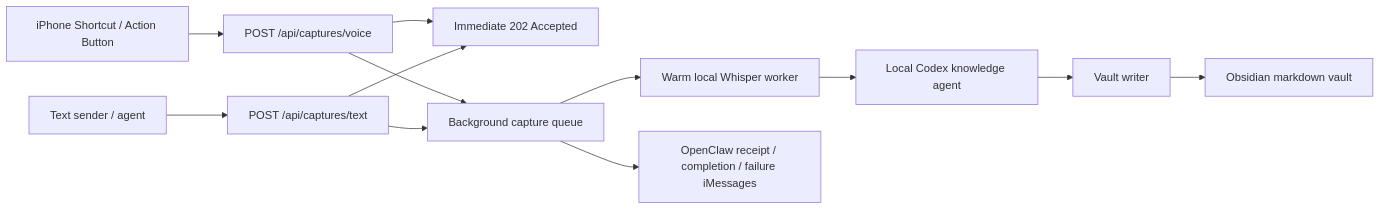
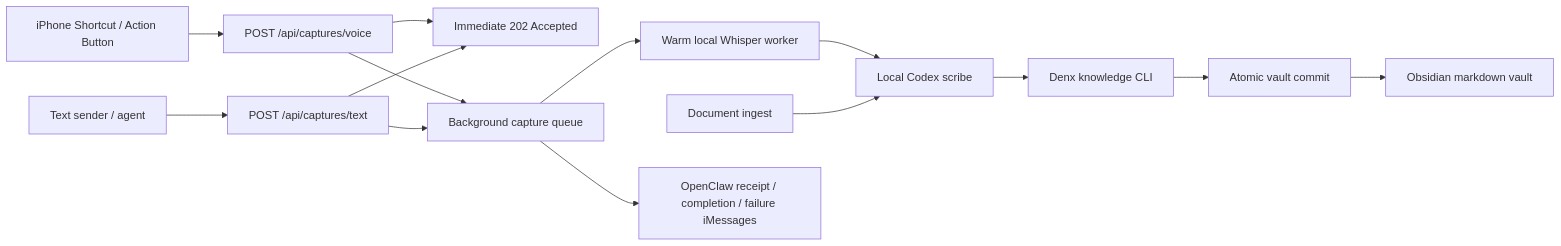
One commit to dbillor/DENX changed the first of 2 diagrams in README.md. Above: the diagram before and after it, drawn with Mermaid. The commit also changed other lines of this file and 20 other files, not shown here.

Commit message:
Implement Denx v3 scribe core

````diff
--- a/README.md
+++ b/README.md
@@ -110,14 +116,16 @@
 ```mermaid
 flowchart LR
   A["iPhone Shortcut / Action Button"] --> B["POST /api/captures/voice"]
   A2["Text sender / agent"] --> B2["POST /api/captures/text"]
   B --> C["Immediate 202 Accepted"]
   B2 --> C
   B --> D["Background capture queue"]
   B2 --> D
   D --> E["Warm local Whisper worker"]
-  E --> F["Local Codex knowledge agent"]
-  F --> G["Vault writer"]
-  G --> H["Obsidian markdown vault"]
-  D --> I["OpenClaw receipt / completion / failure iMessages"]
+  E --> F["Local Codex scribe"]
+  A3["Document ingest"] --> F
+  F --> G["Denx knowledge CLI"]
+  G --> H["Atomic vault commit"]
+  H --> I["Obsidian markdown vault"]
+  D --> J["OpenClaw receipt / completion / failure iMessages"]
 ```
````
